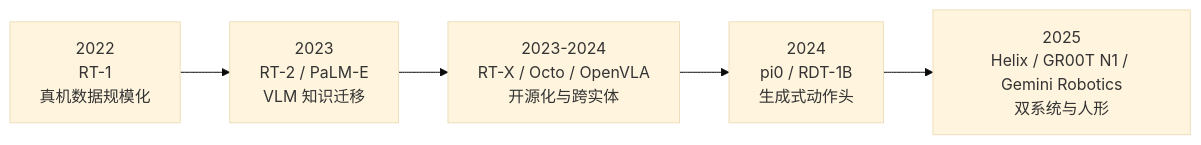
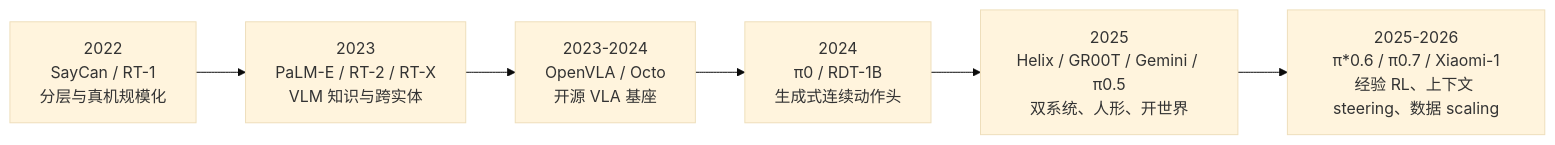
Before and after one commit to CaoJiahao2/deep-learning-notes: the diagram in docs/embodied-ai/vla.md, drawn with Mermaid (base theme). The commit also changed other lines of this file and 36 other files, not shown here.

````diff
--- a/docs/embodied-ai/vla.md
+++ b/docs/embodied-ai/vla.md
@@ -48,7 +48,8 @@
 ```mermaid
 flowchart LR
-    A["2022<br/>RT-1<br/>真机数据规模化"] --> B["2023<br/>RT-2 / PaLM-E<br/>VLM 知识迁移"]
-    B --> C["2023-2024<br/>RT-X / Octo / OpenVLA<br/>开源化与跨实体"]
-    C --> D["2024<br/>pi0 / RDT-1B<br/>生成式动作头"]
-    D --> E["2025<br/>Helix / GR00T N1 / Gemini Robotics<br/>双系统与人形"]
+    A["2022<br/>SayCan / RT-1<br/>分层与真机规模化"] --> B["2023<br/>PaLM-E / RT-2 / RT-X<br/>VLM 知识与跨实体"]
+    B --> C["2023-2024<br/>OpenVLA / Octo<br/>开源 VLA 基座"]
+    C --> D["2024<br/>π0 / RDT-1B<br/>生成式连续动作头"]
+    D --> E["2025<br/>Helix / GR00T / Gemini / π0.5<br/>双系统、人形、开世界"]
+    E --> F["2025-2026<br/>π*0.6 / π0.7 / Xiaomi-1<br/>经验 RL、上下文 steering、数据 scaling"]
 ```
````
